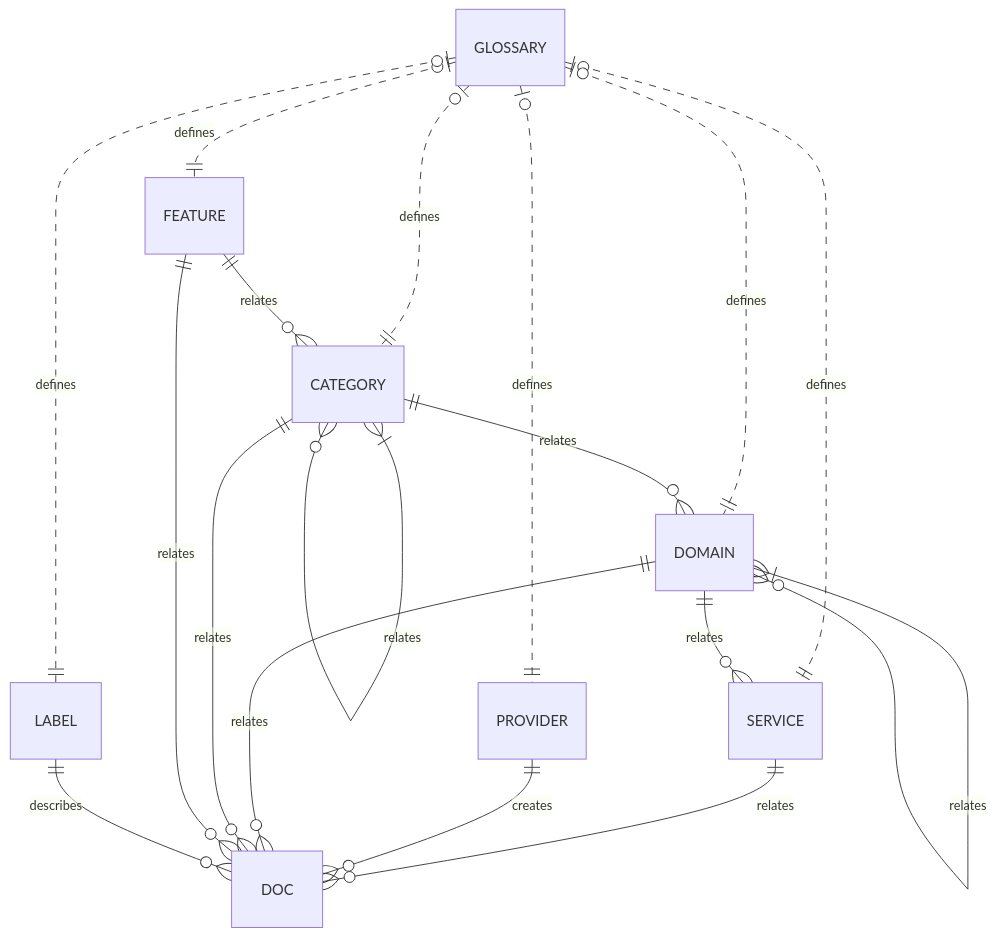
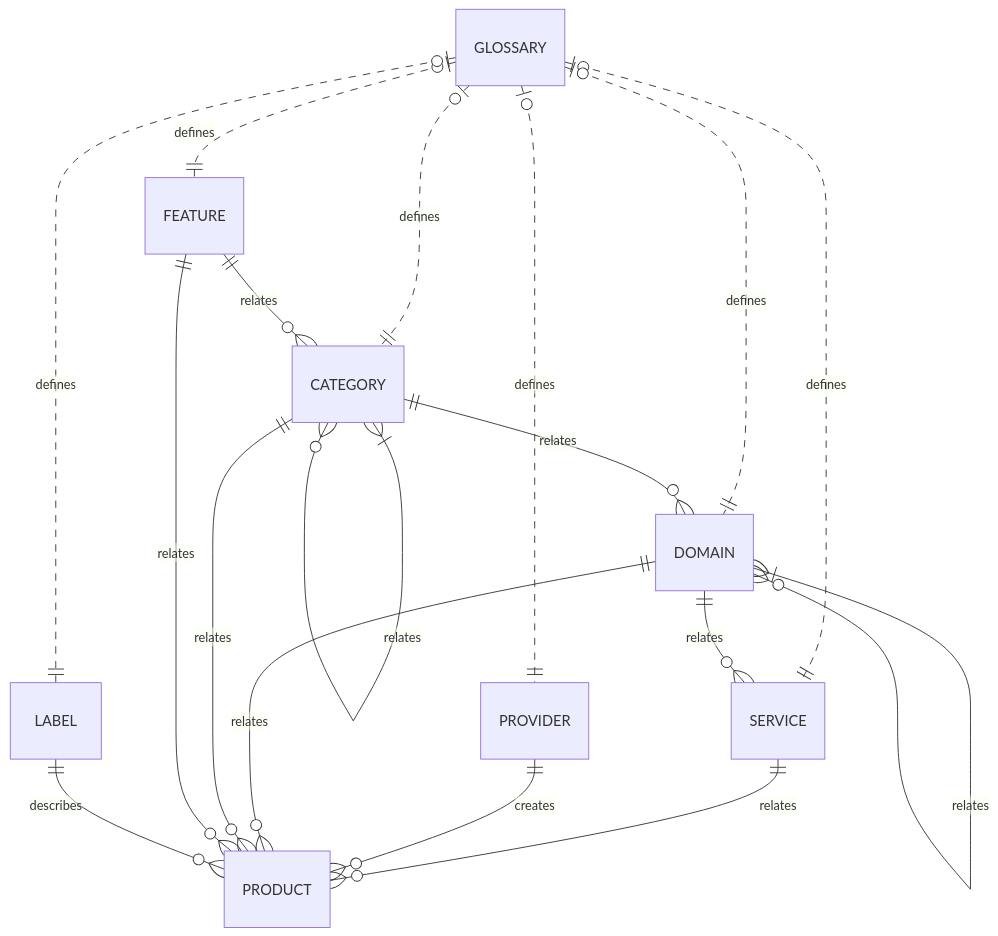
The second of 4 diagrams in en/pages/data-model.md (lexical-cloud/lexical-cloud-docs), drawn with Mermaid before and after one commit. The commit also changed other lines of this file and 289 other files, not shown here.

````diff
--- a/en/pages/data-model.md
+++ b/en/pages/data-model.md
@@ -89,20 +89,20 @@
 ```mermaid
 erDiagram
     GLOSSARY |o..|| SERVICE : defines
     GLOSSARY |o..|| PROVIDER : defines
     GLOSSARY |o..|| DOMAIN : defines
     GLOSSARY |o..|| CATEGORY : defines
     GLOSSARY |o..|| FEATURE : defines
     GLOSSARY |o..|| LABEL : defines
-    SERVICE ||--o{ DOC : relates
-    PROVIDER ||--o{ DOC : creates
-    DOMAIN ||--o{ DOC : relates
-    CATEGORY ||--o{ DOC : relates
-    FEATURE ||--o{ DOC : relates
-    LABEL ||--o{ DOC : describes
+    SERVICE ||--o{ PRODUCT : relates
+    PROVIDER ||--o{ PRODUCT : creates
+    DOMAIN ||--o{ PRODUCT : relates
+    CATEGORY ||--o{ PRODUCT : relates
+    FEATURE ||--o{ PRODUCT : relates
+    LABEL ||--o{ PRODUCT : describes
     DOMAIN }|--o{ DOMAIN : relates
     DOMAIN ||--o{ SERVICE : relates
     CATEGORY ||--o{ DOMAIN : relates
     CATEGORY }|--o{ CATEGORY: relates
     FEATURE ||--o{ CATEGORY : relates
 ```
````
